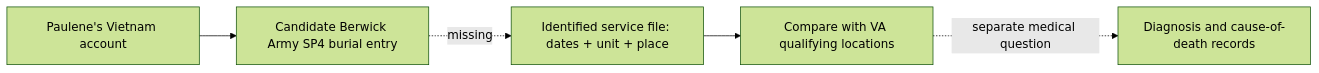
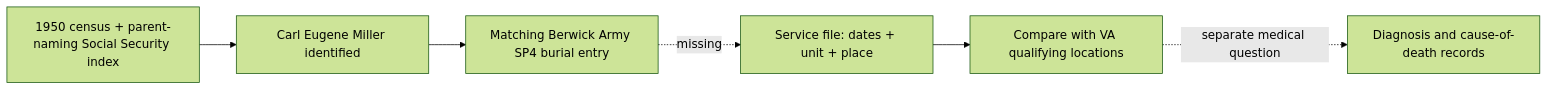
Before and after one commit to kjustin2/Family-Ancestry: the diagram in research/carl-miller-agent-orange.md, drawn with Mermaid (forest theme). The commit also changed other lines of this file and 13 other files, not shown here.

Commit message:
Identify Carl Miller and document Berwick 1950 household

````diff
--- a/research/carl-miller-agent-orange.md
+++ b/research/carl-miller-agent-orange.md
@@ -20,7 +22,8 @@
 ```mermaid
 flowchart LR
-  A[Paulene's Vietnam account] --> B[Candidate Berwick Army SP4 burial entry]
-  B -. missing .-> C[Identified service file: dates + unit + place]
-  C --> D[Compare with VA qualifying locations]
-  D -. separate medical question .-> E[Diagnosis and cause-of-death records]
+  A[1950 census + parent-naming Social Security index] --> B[Carl Eugene Miller identified]
+  B --> C[Matching Berwick Army SP4 burial entry]
+  C -. missing .-> D[Service file: dates + unit + place]
+  D --> E[Compare with VA qualifying locations]
+  E -. separate medical question .-> F[Diagnosis and cause-of-death records]
 ```
````
